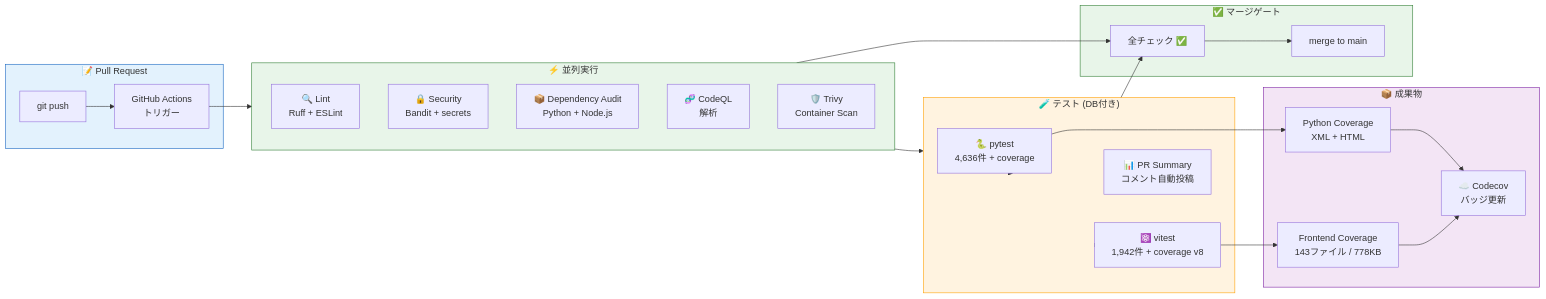
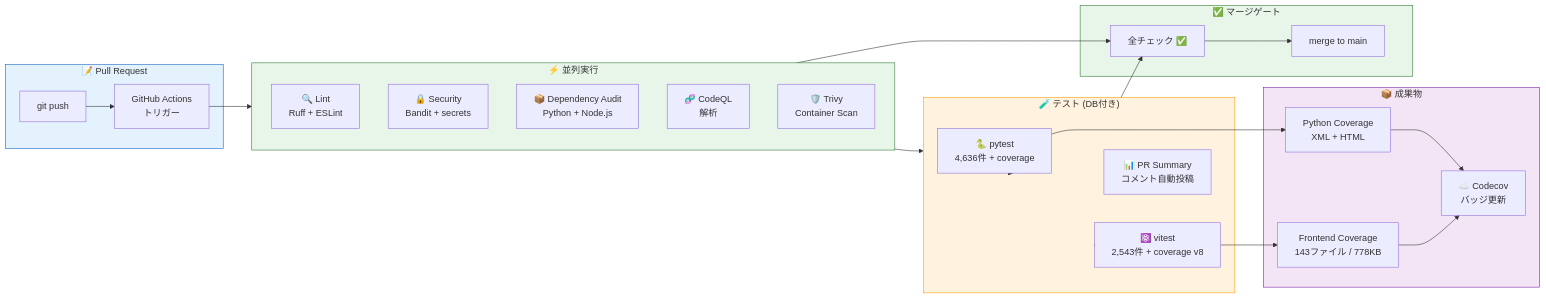
Before and after one commit to Kensan196948G/AEGIS-SIGHT: the first of 6 diagrams in README.md, drawn with Mermaid. The commit also changed other lines of this file, not shown here.

Commit message:
docs(readme): update vitest count 1942→2543 and reflect SAM API integration (#485)

````diff
--- a/README.md
+++ b/README.md
@@ -144,46 +144,46 @@
 ```mermaid
 flowchart LR
     subgraph PR["📝 Pull Request"]
         PUSH["git push"] --> TRIGGER["GitHub Actions\nトリガー"]
     end
 
     subgraph PARALLEL["⚡ 並列実行"]
         direction TB
         LINT["🔍 Lint\nRuff + ESLint"]
         SEC["🔒 Security\nBandit + secrets"]
         DEPS["📦 Dependency Audit\nPython + Node.js"]
         CODEQL["🧬 CodeQL\n解析"]
         TRIVY["🛡️ Trivy\nContainer Scan"]
     end
 
     subgraph TEST["🧪 テスト (DB付き)"]
         PYTEST["🐍 pytest\n4,636件 + coverage"]
-        VITEST["⚛️ vitest\n1,942件 + coverage v8"]
+        VITEST["⚛️ vitest\n2,543件 + coverage v8"]
         REPORT["📊 PR Summary\nコメント自動投稿"]
     end
 
     subgraph ARTIFACTS["📦 成果物"]
         PY_COV["Python Coverage\nXML + HTML"]
         FE_COV["Frontend Coverage\n143ファイル / 778KB"]
         CODECOV["☁️ Codecov\nバッジ更新"]
     end
 
     subgraph GATE["✅ マージゲート"]
         GREEN["全チェック ✅"] --> MERGE["merge to main"]
     end
 
     TRIGGER --> PARALLEL
     PARALLEL --> TEST
     TEST --> PYTEST & VITEST
     PYTEST --> PY_COV
     VITEST --> FE_COV
     PY_COV & FE_COV --> CODECOV
     TEST --> REPORT
     PARALLEL & TEST --> GREEN
 
     style PR fill:#E3F2FD,stroke:#1565C0
     style PARALLEL fill:#E8F5E9,stroke:#2E7D32
     style TEST fill:#FFF3E0,stroke:#FFA000
     style ARTIFACTS fill:#F3E5F5,stroke:#7B1FA2
     style GATE fill:#E8F5E9,stroke:#2E7D32
 ```
````
